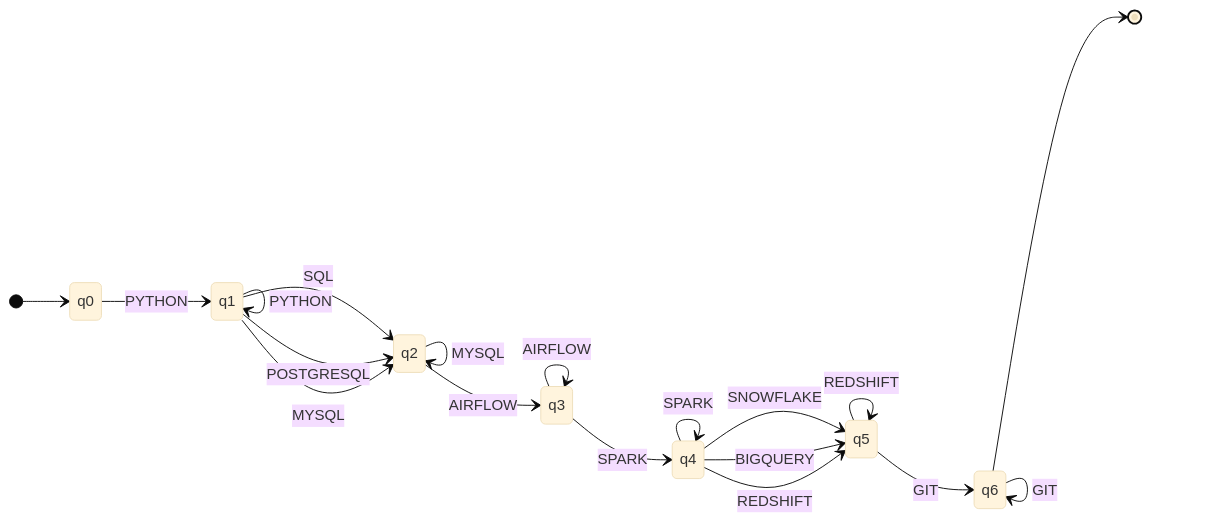
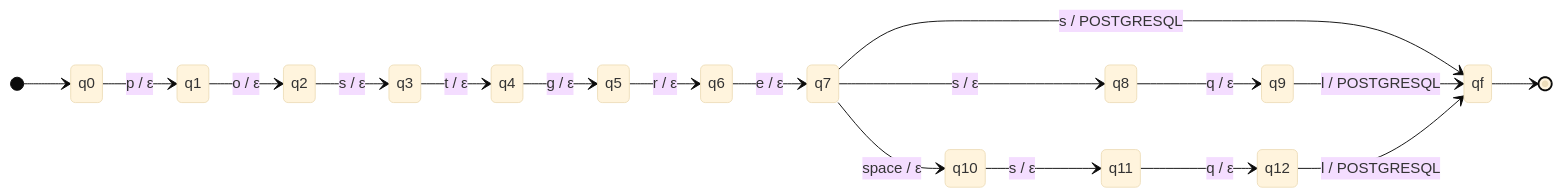
The tenth of 39 diagrams in docs/stage2-transducers.md (Gabrielacbcc/MicheGaby), drawn with Mermaid (base theme) before and after one commit. The commit also changed other lines of this file and 6 other files, not shown here.

````diff
--- a/docs/stage2-transducers.md
+++ b/docs/stage2-transducers.md
@@ -262,26 +451,21 @@
 ```mermaid
 stateDiagram-v2
     direction LR
     [*] --> q0
-    q0 --> q1: PYTHON
-    q1 --> q1: PYTHON
-    q1 --> q2: SQL
-    q2 --> q2: SQL
-    q1 --> q2: POSTGRESQL
-    q2 --> q2: POSTGRESQL
-    q1 --> q2: MYSQL
-    q2 --> q2: MYSQL
-    q2 --> q3: AIRFLOW
-    q3 --> q3: AIRFLOW
-    q3 --> q4: SPARK
-    q4 --> q4: SPARK
-    q4 --> q5: SNOWFLAKE
-    q5 --> q5: SNOWFLAKE
-    q4 --> q5: BIGQUERY
-    q5 --> q5: BIGQUERY
-    q4 --> q5: REDSHIFT
-    q5 --> q5: REDSHIFT
-    q5 --> q6: GIT
-    q6 --> q6: GIT
-    q6 --> [*]
+    q0 --> q1: p / ε
+    q1 --> q2: o / ε
+    q2 --> q3: s / ε
+    q3 --> q4: t / ε
+    q4 --> q5: g / ε
+    q5 --> q6: r / ε
+    q6 --> q7: e / ε
+    q7 --> qf: s / POSTGRESQL
+    q7 --> q8: s / ε
+    q8 --> q9: q / ε
+    q9 --> qf: l / POSTGRESQL
+    q7 --> q10: space / ε
+    q10 --> q11: s / ε
+    q11 --> q12: q / ε
+    q12 --> qf: l / POSTGRESQL
+    qf --> [*]
 ```
````
